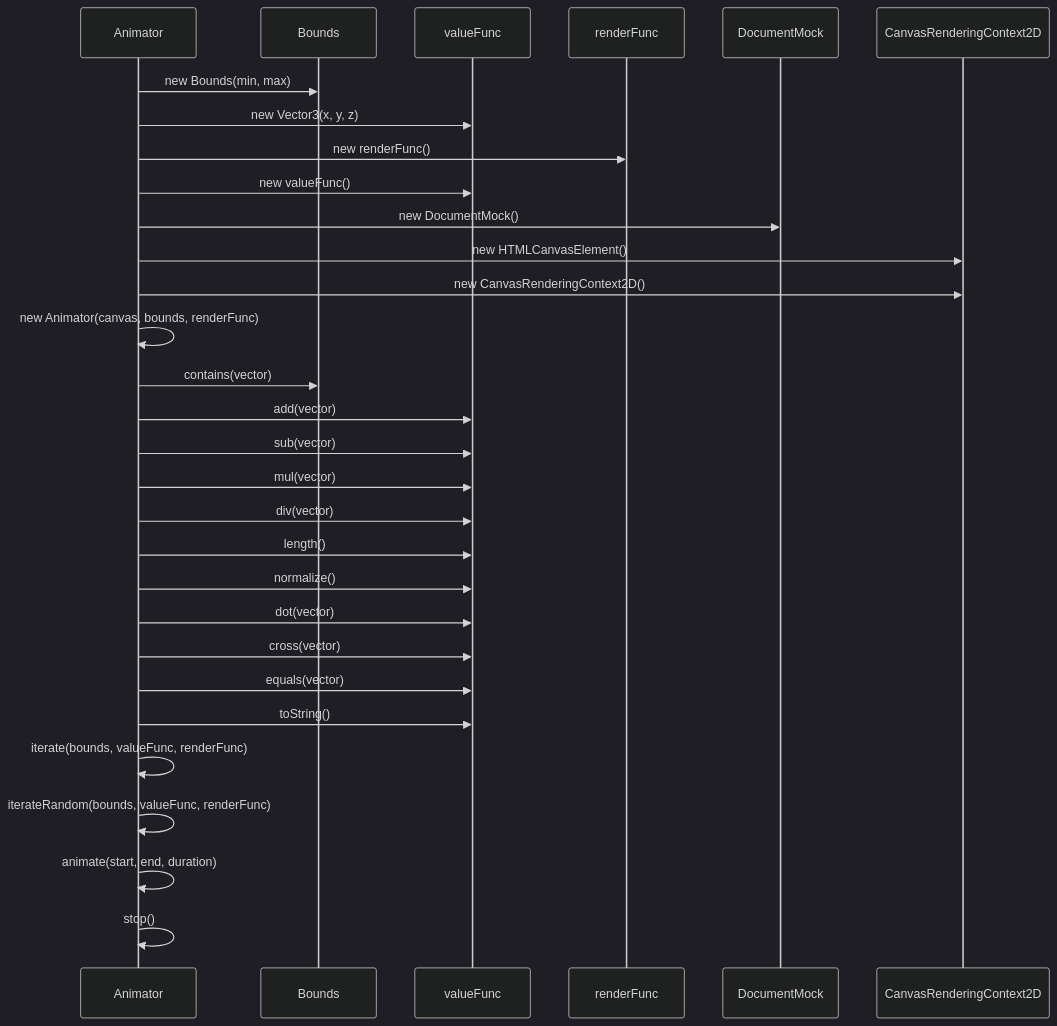
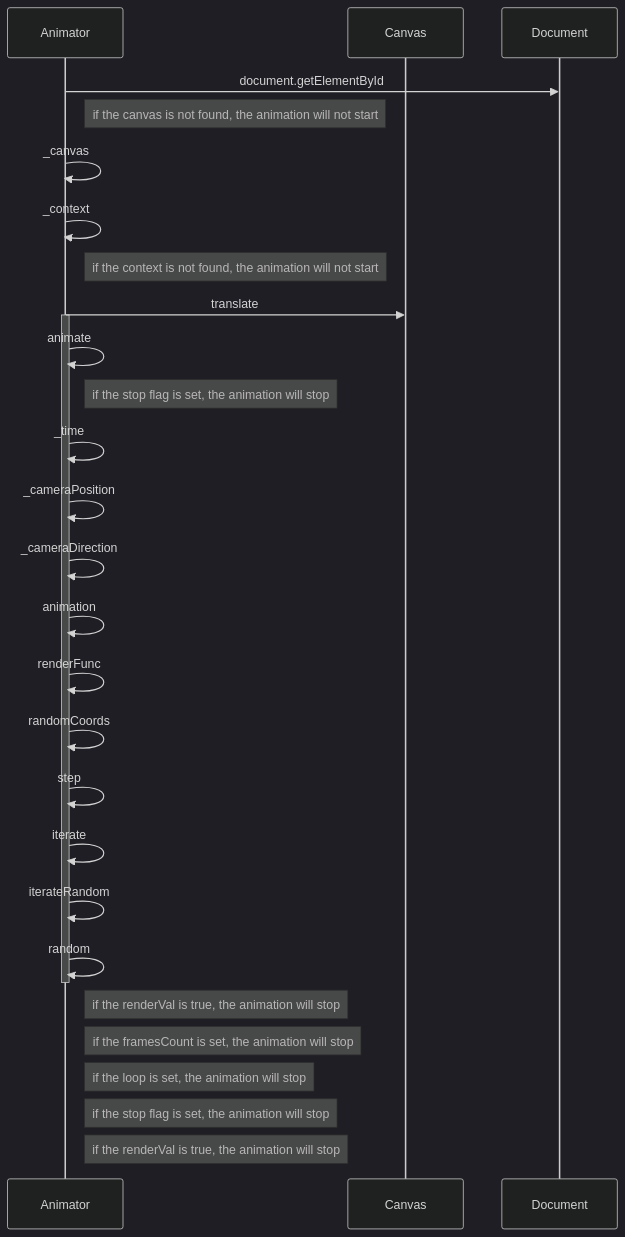
Before and after one commit to sschepis/canvas-animator: the second of 2 diagrams in README.md, drawn with Mermaid (dark theme). The commit also changed other lines of this file and 5 other files, not shown here.

````diff
--- a/README.md
+++ b/README.md
@@ -109,35 +156,33 @@
 ```mermaid
 sequenceDiagram
     participant A as Animator
-    participant B as Bounds
-    participant V as Vector3
-    participant R as renderFunc
-    participant V as valueFunc
-    participant D as DocumentMock
-    participant C as HTMLCanvasElement
-    participant C as CanvasRenderingContext2D
-    A->>B: new Bounds(min, max)
-    A->>V: new Vector3(x, y, z)
-    A->>R: new renderFunc()
-    A->>V: new valueFunc()
-    A->>D: new DocumentMock()
-    A->>C: new HTMLCanvasElement()
-    A->>C: new CanvasRenderingContext2D()
-    A->>A: new Animator(canvas, bounds, renderFunc)
-    A->>B: contains(vector)
-    A->>V: add(vector)
-    A->>V: sub(vector)
-    A->>V: mul(vector)
-    A->>V: div(vector)
-    A->>V: length()
-    A->>V: normalize()
-    A->>V: dot(vector)
-    A->>V: cross(vector)
-    A->>V: equals(vector)
-    A->>V: toString()
-    A->>A: iterate(bounds, valueFunc, renderFunc)
-    A->>A: iterateRandom(bounds, valueFunc, renderFunc)
-    A->>A: animate(start, end, duration)
-    A->>A: stop()
+    participant C as Canvas
+    participant D as Document
 
+    A->>D: document.getElementById
+    Note right of A: if the canvas is not found, the animation will not start
+    A->>A: _canvas
+    A->>A: _context
+    Note right of A: if the context is not found, the animation will not start
+    A->>C: translate
+
+    activate A
+    A->>A: animate
+    Note right of A: if the stop flag is set, the animation will stop
+    A->>A: _time
+    A->>A: _cameraPosition
+    A->>A: _cameraDirection
+    A->>A: animation
+    A->>A: renderFunc
+    A->>A: randomCoords
+    A->>A: step
+    A->>A: iterate
+    A->>A: iterateRandom
+    A->>A: random
+    deactivate A
+    Note right of A: if the renderVal is true, the animation will stop
+    Note right of A: if the framesCount is set, the animation will stop
+    Note right of A: if the loop is set, the animation will stop
+    Note right of A: if the stop flag is set, the animation will stop
+    Note right of A: if the renderVal is true, the animation will stop
 ```
````
